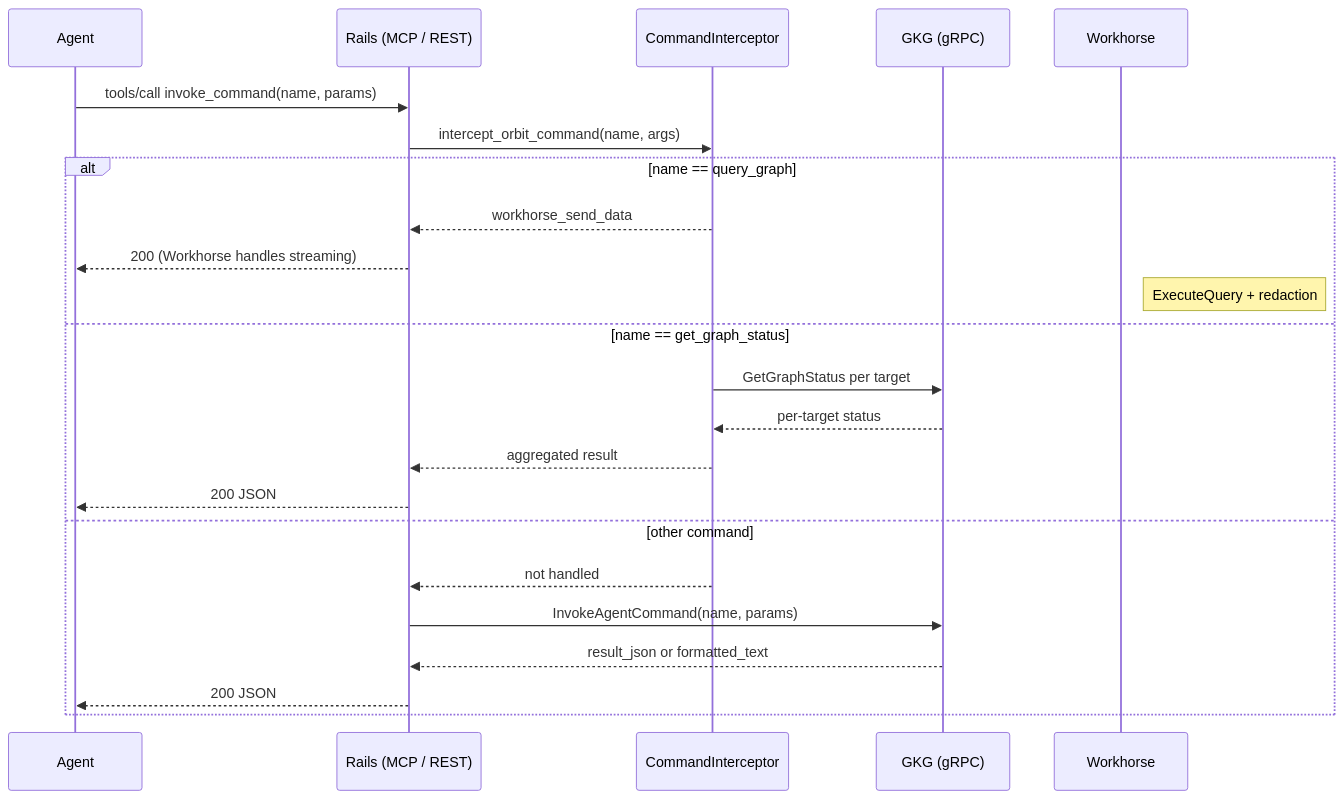
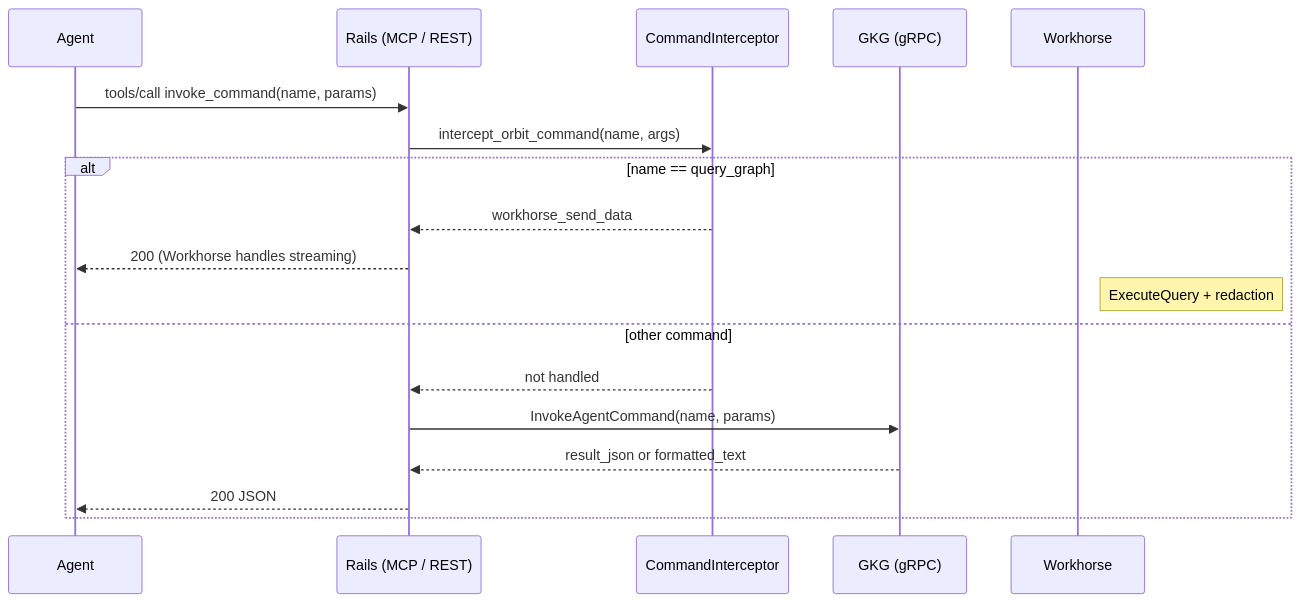
The diagram in docs/design-documents/decisions/011_agent_command_surface.md (gitlabhq/orbit-knowledge-graph), drawn with Mermaid before and after one commit. The commit also changed other lines of this file and 7 other files, not shown here.

Commit message:
fix(server): descope graph status command

````diff
--- a/docs/design-documents/decisions/011_agent_command_surface.md
+++ b/docs/design-documents/decisions/011_agent_command_surface.md
@@ -75,26 +74,21 @@
 ```mermaid
 sequenceDiagram
     participant Agent
     participant Rails as Rails (MCP / REST)
     participant Interceptor as CommandInterceptor
     participant GKG as GKG (gRPC)
     participant Workhorse
 
     Agent->>Rails: tools/call invoke_command(name, params)
     Rails->>Interceptor: intercept_orbit_command(name, args)
     alt name == query_graph
         Interceptor-->>Rails: workhorse_send_data
         Rails-->>Agent: 200 (Workhorse handles streaming)
         Note right of Workhorse: ExecuteQuery + redaction
-    else name == get_graph_status
-        Interceptor->>GKG: GetGraphStatus per target
-        GKG-->>Interceptor: per-target status
-        Interceptor-->>Rails: aggregated result
-        Rails-->>Agent: 200 JSON
     else other command
         Interceptor-->>Rails: not handled
         Rails->>GKG: InvokeAgentCommand(name, params)
         GKG-->>Rails: result_json or formatted_text
         Rails-->>Agent: 200 JSON
     end
 ```
````
